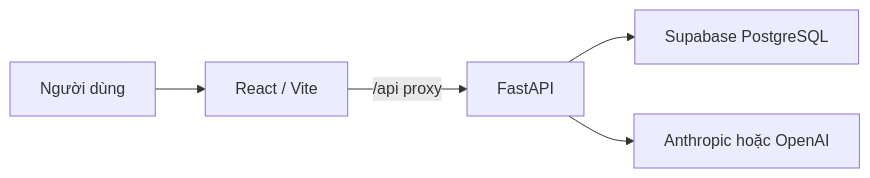
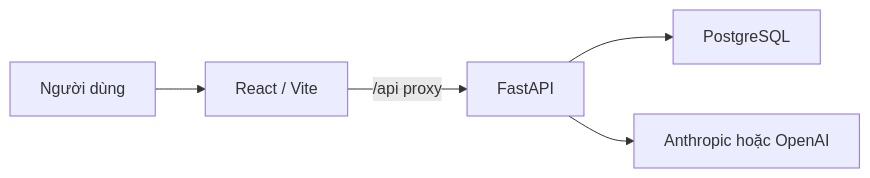
The diagram in README.md (HoaggHuyNgx/VieTaxLegal), drawn with Mermaid before and after one commit. The commit also changed other lines of this file and 1 other file, not shown here.

First line of the commit message:
docs: update READMEs for local PostgreSQL and login throttling

````diff
--- a/README.md
+++ b/README.md
@@ -30,7 +30,7 @@
 ```mermaid
 flowchart LR
     U["Người dùng"] --> F["React / Vite"]
     F -->|"/api proxy"| B["FastAPI"]
-    B --> D["Supabase PostgreSQL"]
+    B --> D["PostgreSQL"]
     B --> A["Anthropic hoặc OpenAI"]
 ```
````
